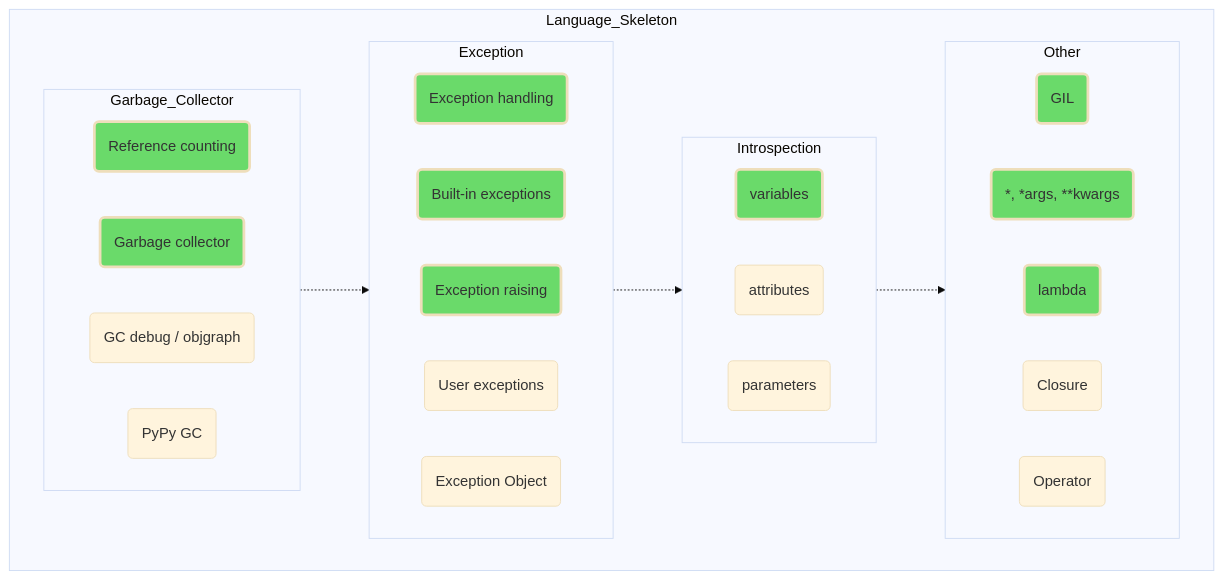
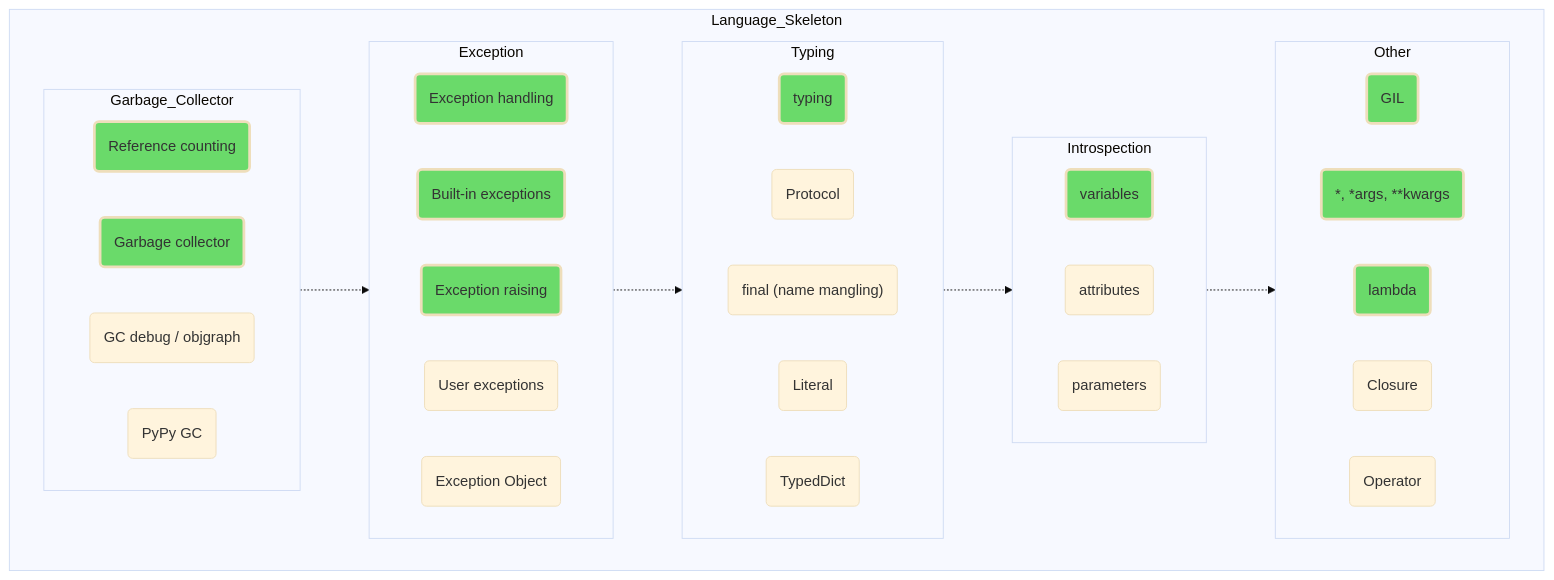
One commit to amaargiru/pyroad changed the diagram in 05_Language_Skeleton.md. Above: the diagram before and after it, drawn with Mermaid (base theme). The commit also changed 3 other files, not shown here.

````diff
--- a/05_Language_Skeleton.md
+++ b/05_Language_Skeleton.md
@@ -7,7 +7,7 @@
 
 subgraph Language_Skeleton
 direction LR
-Garbage_Collector -.-> Exception -.-> Introspection -.-> Other
+Garbage_Collector -.-> Exception -.-> Typing -.-> Introspection -.-> Other
 
 subgraph Garbage_Collector
 direction LR
@@ -24,6 +24,15 @@
 exception_raising("Exception raising")
 user_exception("User exceptions")
 exception_object("Exception Object")
+end
+
+subgraph Typing
+direction LR
+typing_loc(typing)
+Protocol(Protocol)
+final("final (name mangling)")
+Literal(Literal)
+TypedDict(TypedDict)
 end
 
 subgraph Introspection
@@ -77,13 +86,12 @@
 class icount trainee;
 class icycle trainee;
 class irepeat trainee;
-class pairwise trainee;
 class product trainee;
 class combinations trainee;
 class enumerate trainee;
-class generator trainee;
+class yield trainee;
 class decorator trainee;
-class context trainee;
+class enter_exit_cm trainee;
 class oopBase1 trainee;
 class oop_property trainee;
 class staticmethod trainee;
@@ -109,6 +117,8 @@
 class exception_raising trainee;
 class create_task trainee;
 class gather trainee;
+class sleep trainee;
+class run trainee;
 class wait_for trainee;
 class asQueue trainee;
 class Lock trainee;
@@ -116,10 +126,9 @@
 class variables trainee;
 class Thread trainee;
 class Pool trainee;
-class Logging trainee;
 class Stopwatch trainee;
 class timeit trainee;
-class Random trainee;
+class random_mod trainee;
 class input trainee;
 class Command_Line_Arguments trainee;
 class simple_print trainee;
@@ -151,7 +160,13 @@
 class INSERT trainee;
 class UPDATE trainee;
 class DELETE trainee;
-class SQLite trainee;
+class PRIMARY_KEY trainee;
+class FOREIGN_KEY trainee;
+class FROM trainee;
+class WHERE trainee;
+class SET trainee;
+class SQLite_benefits trainee;
+class Syntax_Diagrams trainee;
 class Flask trainee;
 class Consistency trainee;
 class HTTPS trainee;
@@ -173,26 +188,54 @@
 class Abstraction trainee;
 class trunk_based_development trainee;
 class aiohttp trainee;
+class StreamHandler trainee;
+class Observer trainee;
+class Decorator_Method trainee;
+class Factory_Method trainee;
+class Adapter_Facade trainee;
+class CQRS trainee;
+class Decentralization trainee;
+class Smart_endpoints_dumb_pipes trainee;
+class Basics trainee;
+class GitHub trainee;
+class Install trainee;
+class Directory_Structure trainee;
+class Terminal trainee;
+class accumulate trainee;
+class chain trainee;
+class compress trainee;
+class dropwhile trainee;
+class takewhile trainee;
+class typing_loc trainee;
 
+class bash middle;
+class System_administration middle;
+class Network_administration middle;
 class NoSQL middle;
 class Functional middle;
 class RabbitMQ middle;
 class Scrum middle;
 class Apache_Kafka middle;
-class git middle;
-class Linux middle;
 class Docker middle;
 class methmore middle;
 class PostgreSQL_more middle;
 class SQLAlchemy middle;
+class Django_ORM middle;
 class Django middle;
 class FastAPI middle;
-class ORM boldmiddleed;
+class SQL_standard middle;
+class Analyze_an_execution_plan middle;
 class TensorFlow middle;
 class Keras middle;
 class cryptomore middle;
 class Jenkins middle;
 class Kubernetes middle;
+class Creational_patterns middle;
+class Structural_patterns middle;
+class Behavioral_patterns middle;
 class Architectural_Patterns middle;
-
+class ELK_Stack middle;
+class Pattern_of_Distributed_Systems middle;
+class Cloud_Design_Patterns middle;
+class New_Relic middle;
 ```
````
